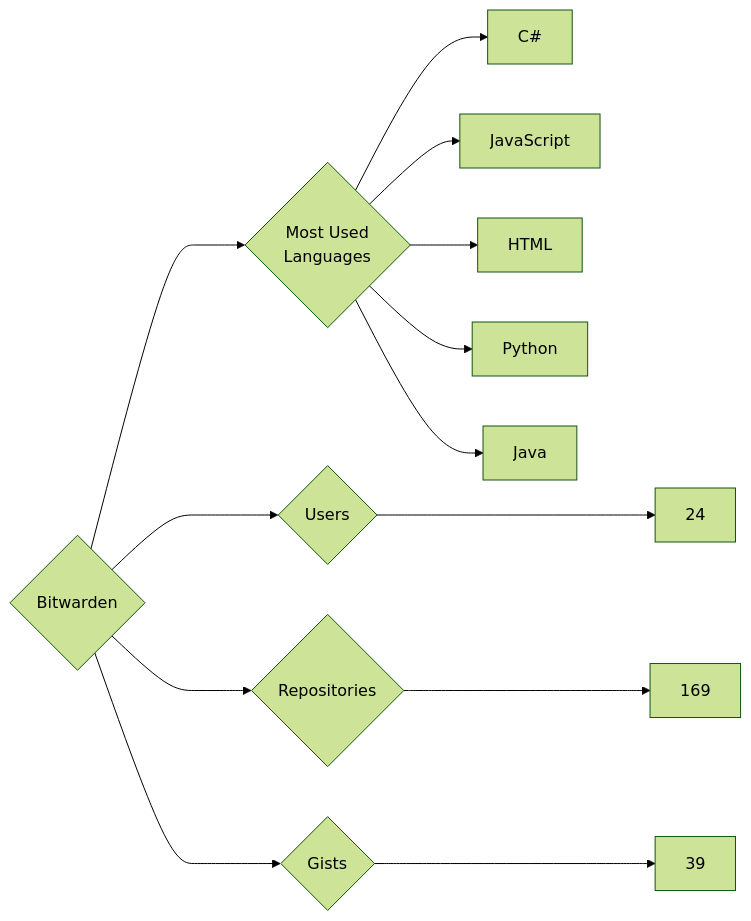
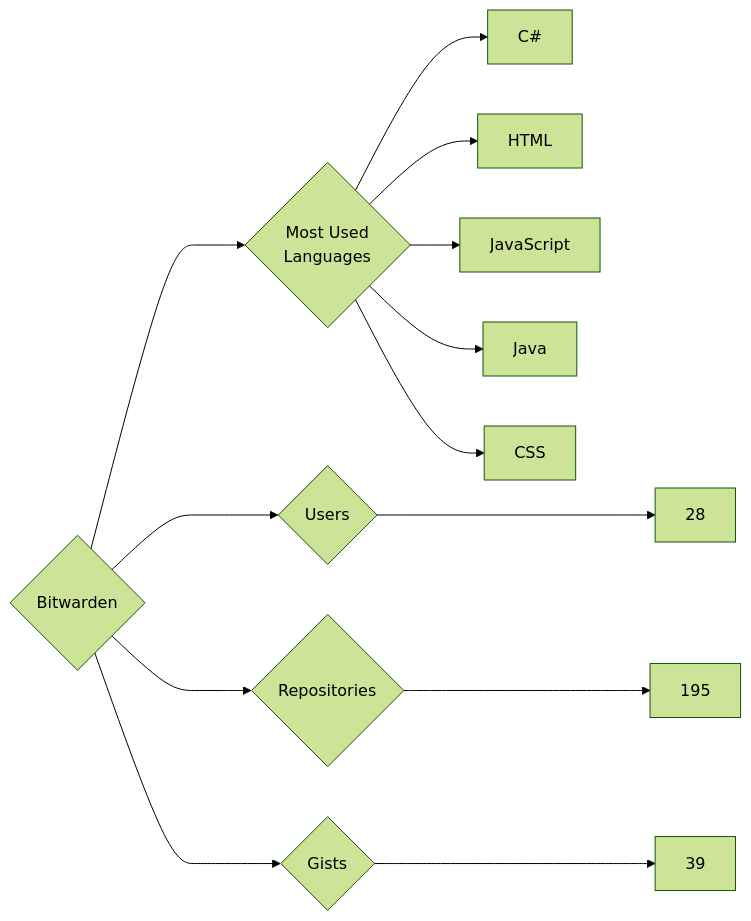
One commit to trickest/insiders changed the diagram in targets/Bitwarden/README.md. Above: the diagram before and after it, drawn with Mermaid (forest theme). The commit also changed 924 other files, not shown here.

````diff
--- a/targets/Bitwarden/README.md
+++ b/targets/Bitwarden/README.md
@@ -3,13 +3,13 @@
 ```mermaid
 graph LR
 COMPANY_NAME{Bitwarden}
-COMPANY_NAME ---> U{Users} ---> UN[24]
-COMPANY_NAME ---> R{Repositories} ---> RN[169]
+COMPANY_NAME ---> U{Users} ---> UN[28]
+COMPANY_NAME ---> R{Repositories} ---> RN[195]
 COMPANY_NAME ---> G{Gists} ---> GN[39]
 COMPANY_NAME ---> ML{Most Used<br>Languages}
 ML --> C#[C#]
+ML --> HTML[HTML]
 ML --> JavaScript[JavaScript]
-ML --> HTML[HTML]
-ML --> Python[Python]
 ML --> Java[Java]
+ML --> CSS[CSS]
 ```
````
